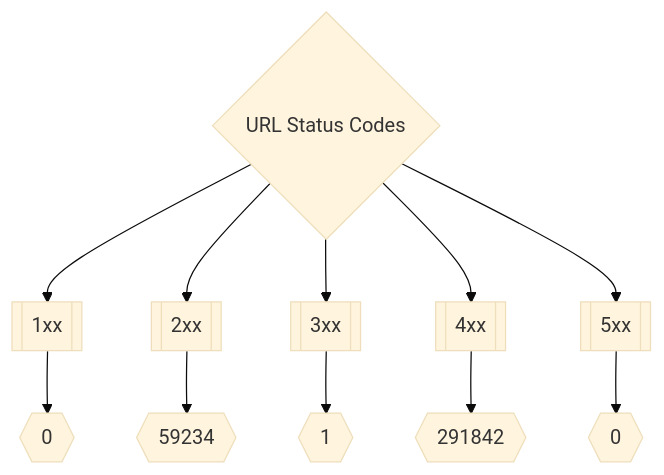
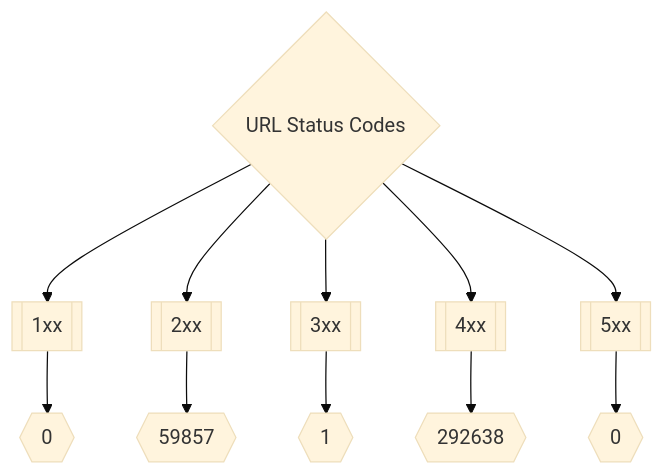
Before and after one commit to trickest/inventory: the second of 3 diagrams in README.md, drawn with Mermaid (base theme). The commit also changed other lines of this file, not shown here.

Commit message:
Update Thu Apr 14 13:42:10 UTC 2022

````diff
--- a/README.md
+++ b/README.md
@@ -173,8 +173,8 @@
 ```mermaid
 graph TD
 title{URL Status Codes} --> 1xx[[1xx]] --> status1xxNum{{0}}
-title --> 2xx[[2xx]] --> status2xxNum{{59234}}
+title --> 2xx[[2xx]] --> status2xxNum{{59857}}
 title --> 3xx[[3xx]] --> status3xxNum{{1}}
-title --> 4xx[[4xx]] --> status4xxNum{{291842}}
+title --> 4xx[[4xx]] --> status4xxNum{{292638}}
 title --> 5xx[[5xx]] --> status5xxNum{{0}}
 ```
````
